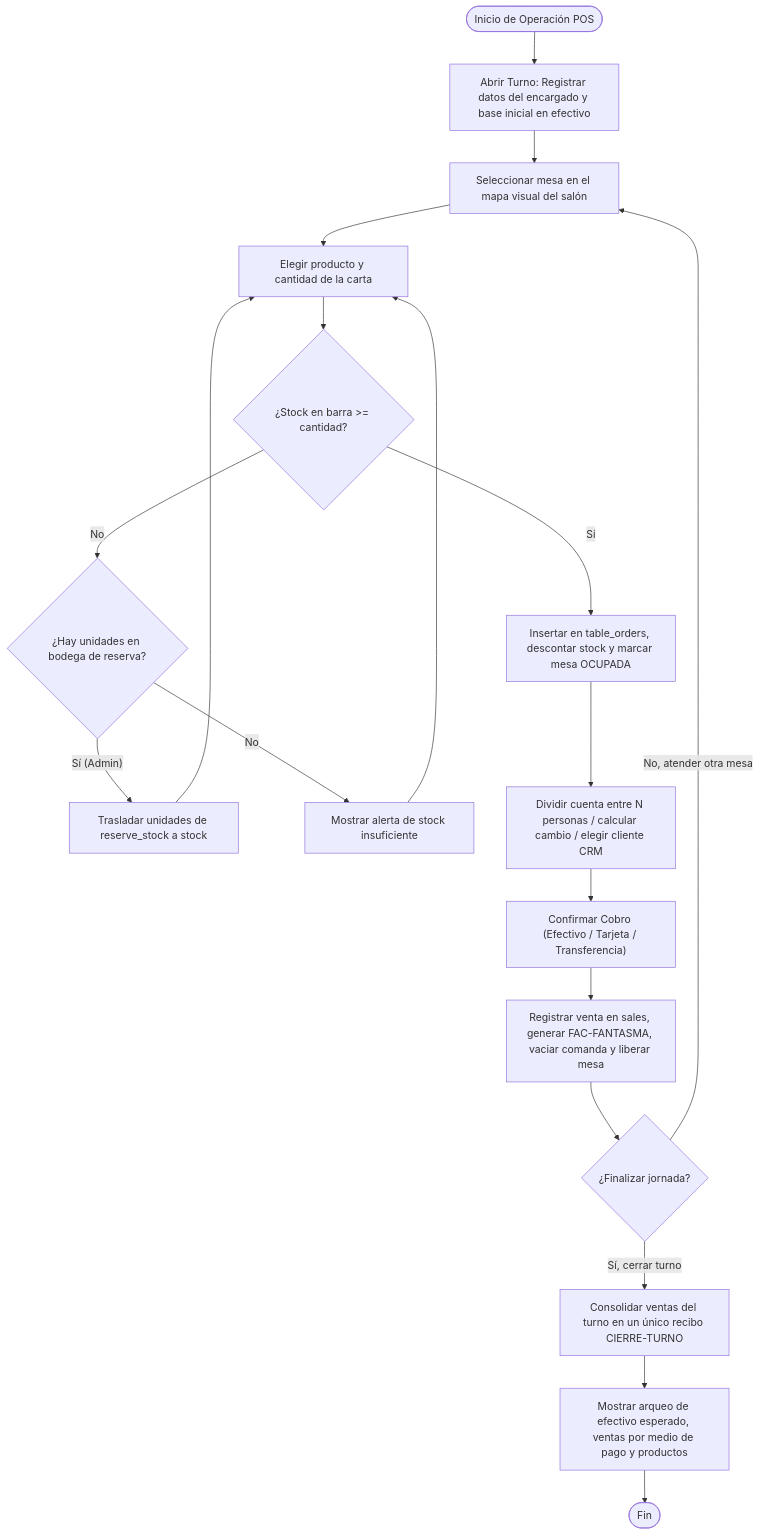
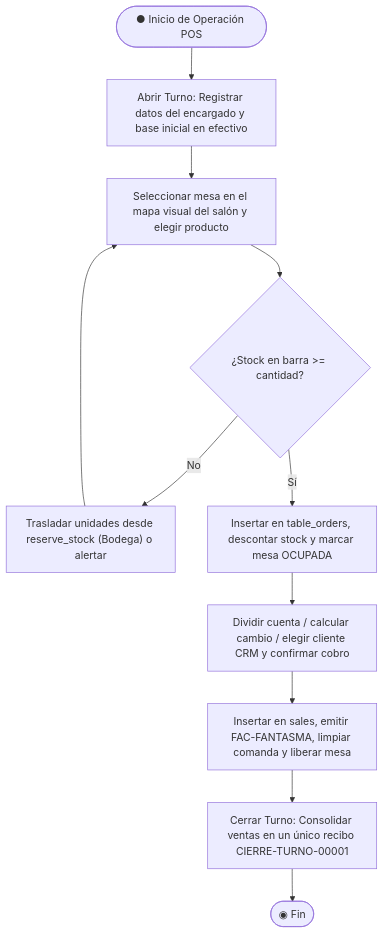
One commit to andresmunoz-dot/Gestion-Bar changed the fifth of 6 diagrams in docs/DOCUMENTACION_TECNICA.md. Above: the diagram before and after it, drawn with Mermaid. The commit also changed other lines of this file and 29 other files, not shown here.

````diff
--- a/docs/DOCUMENTACION_TECNICA.md
+++ b/docs/DOCUMENTACION_TECNICA.md
@@ -546,21 +538,13 @@
 ```mermaid
 flowchart TD
-    A(["Inicio de Operación POS"]) --> B["Abrir Turno: Registrar datos del encargado y base inicial en efectivo"]
-    B --> C["Seleccionar mesa en el mapa visual del salón"]
-    C --> D["Elegir producto y cantidad de la carta"]
-    D --> E{"¿Stock en barra >= cantidad?"}
-    E -- "No" --> F{"¿Hay unidades en bodega de reserva?"}
-    F -- "Sí (Admin)" --> G["Trasladar unidades de reserve_stock a stock"]
-    G --> D
-    F -- "No" --> H["Mostrar alerta de stock insuficiente"]
-    H --> D
-    E -- "Sí" --> I["Insertar en table_orders, descontar stock y marcar mesa OCUPADA"]
-    I --> J["Dividir cuenta entre N personas / calcular cambio / elegir cliente CRM"]
-    J --> K["Confirmar Cobro (Efectivo / Tarjeta / Transferencia)"]
-    K --> L["Registrar venta en sales, generar FAC-FANTASMA, vaciar comanda y liberar mesa"]
-    L --> M{"¿Finalizar jornada?"}
-    M -- "No, atender otra mesa" --> C
-    M -- "Sí, cerrar turno" --> N["Consolidar ventas del turno en un único recibo CIERRE-TURNO"]
-    N --> O["Mostrar arqueo de efectivo esperado, ventas por medio de pago y productos"]
-    O --> P(["Fin"])
+    A(["● Inicio de Operación POS"]) --> B["Abrir Turno: Registrar datos del encargado y base inicial en efectivo"]
+    B --> C["Seleccionar mesa en el mapa visual del salón y elegir producto"]
+    C --> D{"¿Stock en barra >= cantidad?"}
+    D -- "No" --> E["Trasladar unidades desde reserve_stock (Bodega) o alertar"]
+    E --> C
+    D -- "Sí" --> F["Insertar en table_orders, descontar stock y marcar mesa OCUPADA"]
+    F --> G["Dividir cuenta / calcular cambio / elegir cliente CRM y confirmar cobro"]
+    G --> H["Insertar en sales, emitir FAC-FANTASMA, limpiar comanda y liberar mesa"]
+    H --> I["Cerrar Turno: Consolidar ventas en un único recibo CIERRE-TURNO-00001"]
+    I --> J(["◉ Fin"])
 ```
````
